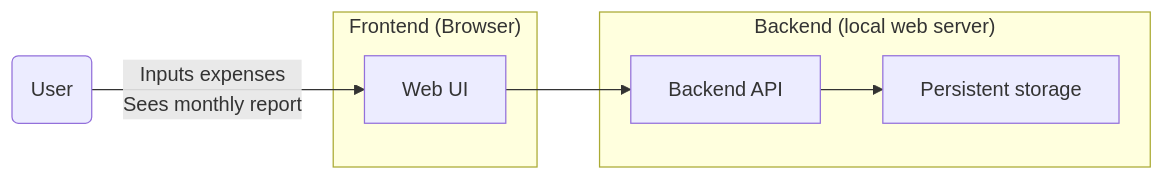
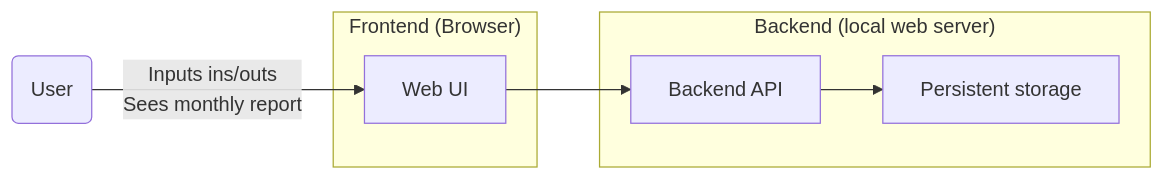
One commit to lawseff/simple-budget changed the first of 2 diagrams in README.md. Above: the diagram before and after it, drawn with Mermaid. The commit also changed other lines of this file and 1 other file, not shown here.

Commit message:
Update schema, start openapi.yaml

````diff
--- a/README.md
+++ b/README.md
@@ -13,17 +13,17 @@
 ```mermaid
 flowchart LR
     User("User")
 
     subgraph Frontend["Frontend (Browser)"]
         UI["Web UI"]
     end
 
     subgraph Backend["Backend (local web server)"]
         API["Backend API"]
         Storage["Persistent storage"]
     end
 
-    User --> | Inputs expenses<br> Sees monthly report | UI
+    User --> | Inputs ins/outs<br> Sees monthly report | UI
     UI --> API
     API --> Storage
 ```
````
